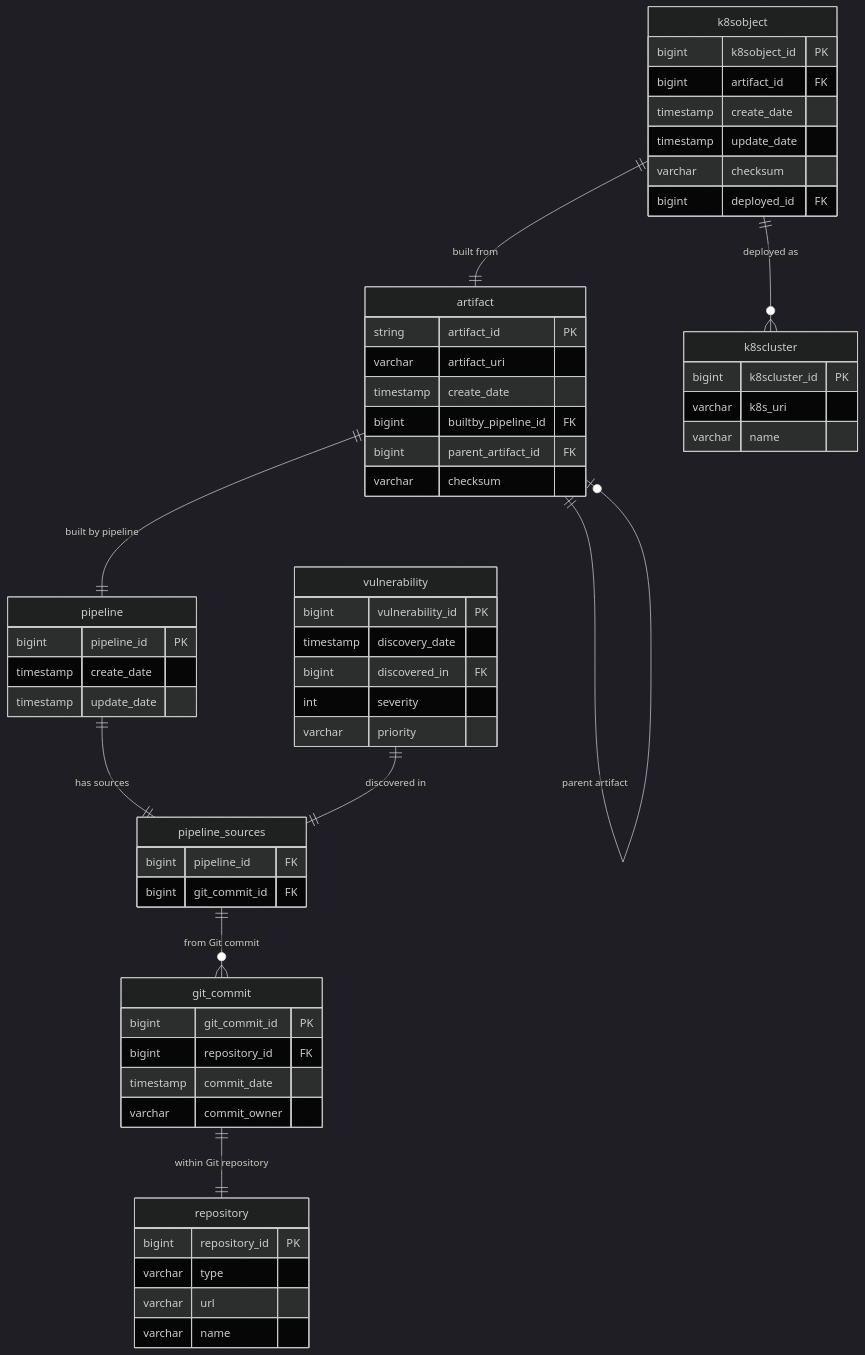
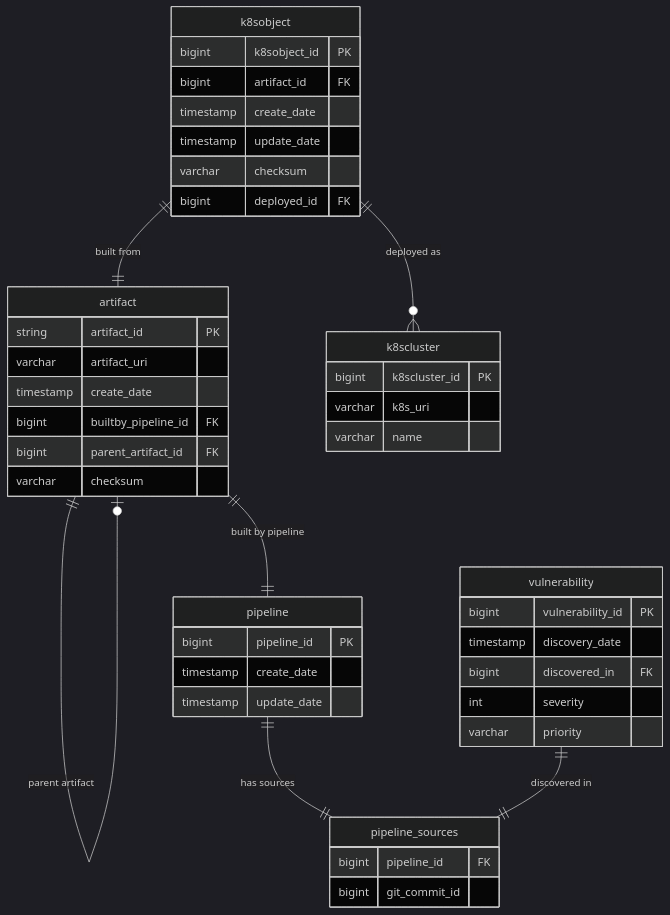
The first of 2 diagrams in docs/docs/demos/secops.md (feldera/feldera), drawn with Mermaid (dark theme) before and after one commit. The commit also changed other lines of this file and 19 other files, not shown here.

````diff
--- a/docs/docs/demos/secops.md
+++ b/docs/docs/demos/secops.md
@@ -30,60 +28,46 @@
 ```mermaid
 erDiagram
-    repository {
-        bigint repository_id PK
-        varchar type
-        varchar url
-        varchar name
-    }
-    git_commit {
-        bigint git_commit_id PK
-        bigint repository_id FK
-        timestamp commit_date
-        varchar commit_owner
-    }
     pipeline {
         bigint pipeline_id PK
         timestamp create_date
         timestamp update_date
     }
     pipeline_sources {
         bigint pipeline_id FK
-        bigint git_commit_id FK
+        bigint git_commit_id
     }
     artifact {
        string artifact_id PK
        varchar artifact_uri
        timestamp create_date
        bigint builtby_pipeline_id FK
        bigint parent_artifact_id FK
        varchar checksum
     }
     vulnerability {
         bigint vulnerability_id PK
         timestamp discovery_date
         bigint discovered_in FK
         int severity
         varchar priority
     }
     k8scluster {
         bigint k8scluster_id PK
         varchar k8s_uri
         varchar name
     }
     k8sobject {
         bigint k8sobject_id PK
         bigint artifact_id FK
         timestamp create_date
         timestamp update_date
         varchar checksum
         bigint deployed_id FK
     }
     pipeline ||--|| pipeline_sources : "has sources"
-    pipeline_sources ||--o{ git_commit : "from Git commit"
-    git_commit ||--|| repository : "within Git repository"
     k8sobject ||--|| artifact : "built from"
     k8sobject ||--o{ k8scluster : "deployed as"
     vulnerability ||--|| pipeline_sources : "discovered in"
     artifact ||--o| artifact : "parent artifact"
     artifact ||--|| pipeline : "built by pipeline"
 ```
````
